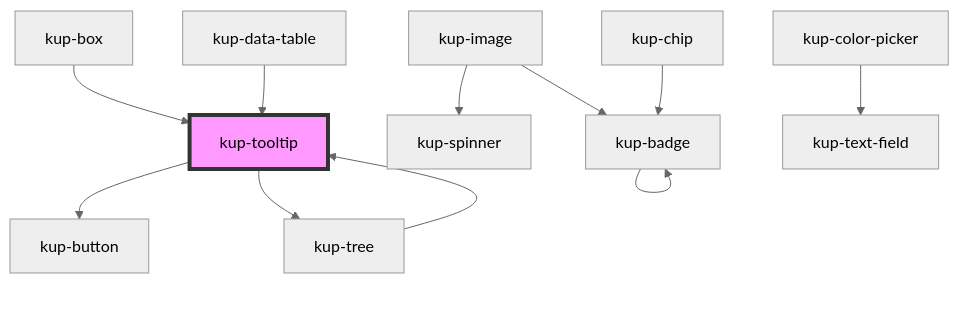
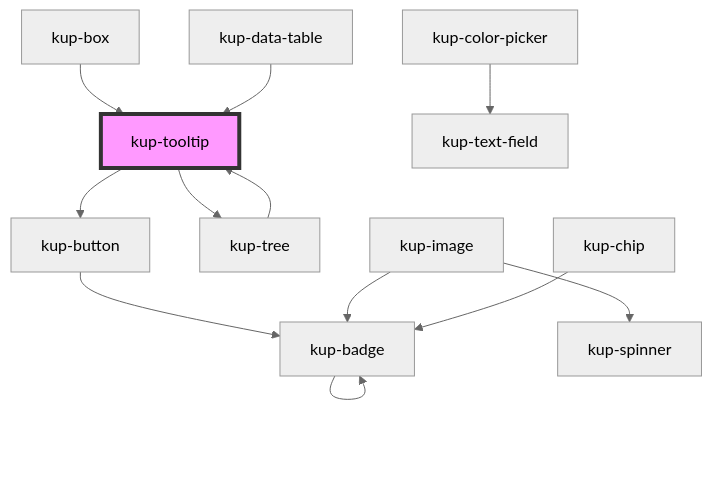
Before and after one commit to smeup/ketchup: the diagram in packages/ketchup/src/components/kup-tooltip/readme.md, drawn with Mermaid (neutral theme). The commit also changed 23 other files, not shown here.

````diff
--- a/packages/ketchup/src/components/kup-tooltip/readme.md
+++ b/packages/ketchup/src/components/kup-tooltip/readme.md
@@ -71,14 +71,15 @@
 ```mermaid
 graph TD;
   kup-tooltip --> kup-button
   kup-tooltip --> kup-tree
+  kup-button --> kup-badge
+  kup-badge --> kup-badge
   kup-tree --> kup-tooltip
   kup-image --> kup-spinner
   kup-image --> kup-badge
-  kup-badge --> kup-badge
   kup-chip --> kup-badge
   kup-color-picker --> kup-text-field
   kup-box --> kup-tooltip
   kup-data-table --> kup-tooltip
   style kup-tooltip fill:#f9f,stroke:#333,stroke-width:4px
 ```
````
